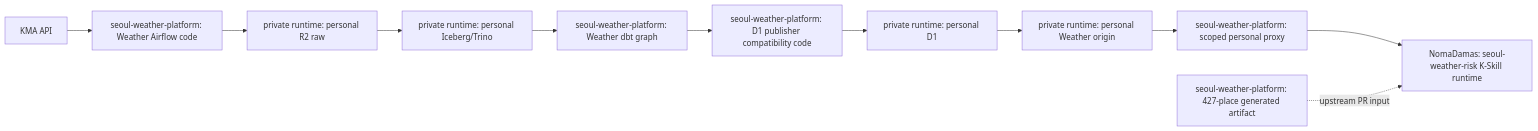
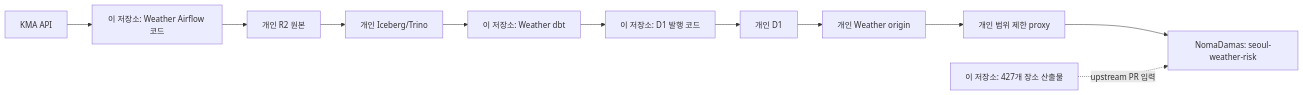
One commit to masondev1024/seoul-weather-platform changed the diagram in docs/architecture/platform-boundaries.md. Above: the diagram before and after it, drawn with Mermaid. The commit also changed other lines of this file and 65 other files, not shown here.

````diff
--- a/docs/architecture/platform-boundaries.md
+++ b/docs/architecture/platform-boundaries.md
@@ -18,13 +17,13 @@
 ```mermaid
 flowchart LR
-    KMA["KMA API"] --> DAG["seoul-weather-platform: Weather Airflow code"]
-    DAG --> R2["private runtime: personal R2 raw"]
-    R2 --> ICE["private runtime: personal Iceberg/Trino"]
-    ICE --> DBT["seoul-weather-platform: Weather dbt graph"]
-    DBT --> PUB["seoul-weather-platform: D1 publisher compatibility code"]
-    PUB --> D1["private runtime: personal D1"]
-    D1 --> ORIGIN["private runtime: personal Weather origin"]
-    ORIGIN --> PROXY["seoul-weather-platform: scoped personal proxy"]
-    PROXY --> SKILL["NomaDamas: seoul-weather-risk K-Skill runtime"]
-    MAP["seoul-weather-platform: 427-place generated artifact"] -. "upstream PR input" .-> SKILL
+    KMA["KMA API"] --> DAG["이 저장소: Weather Airflow 코드"]
+    DAG --> R2["개인 R2 원본"]
+    R2 --> ICE["개인 Iceberg/Trino"]
+    ICE --> DBT["이 저장소: Weather dbt"]
+    DBT --> PUB["이 저장소: D1 발행 코드"]
+    PUB --> D1["개인 D1"]
+    D1 --> ORIGIN["개인 Weather origin"]
+    ORIGIN --> PROXY["개인 범위 제한 proxy"]
+    PROXY --> SKILL["NomaDamas: seoul-weather-risk"]
+    MAP["이 저장소: 427개 장소 산출물"] -. "upstream PR 입력" .-> SKILL
 ```
````
